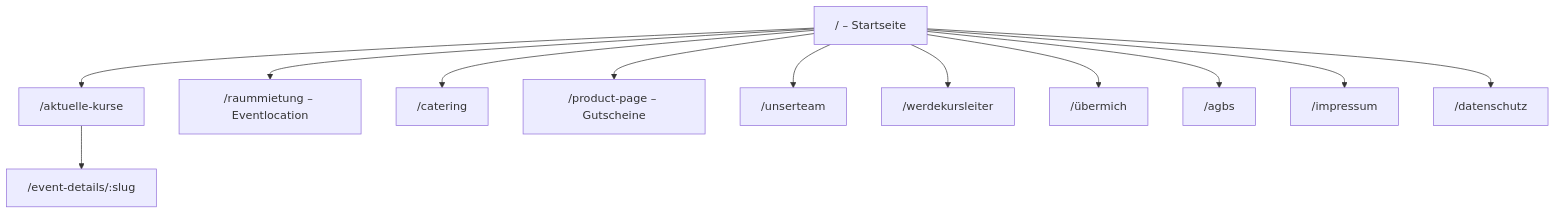
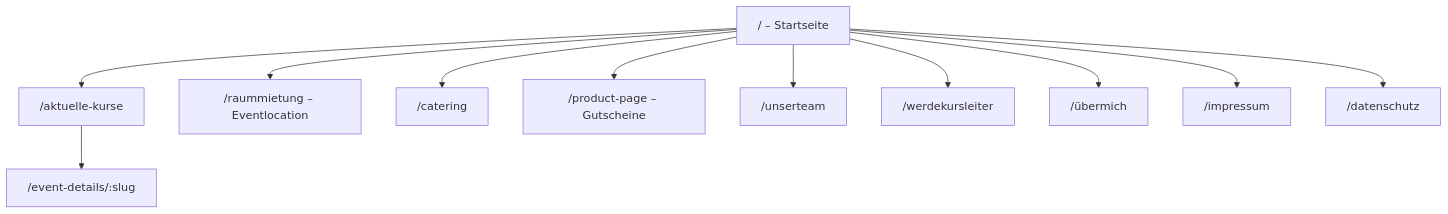
The first of 2 diagrams in analyse.md (dieKrake/cooking-website), drawn with Mermaid before and after one commit. The commit also changed other lines of this file and 4 other files, not shown here.

````diff
--- a/analyse.md
+++ b/analyse.md
@@ -29,14 +28,13 @@
 ```mermaid
 graph TD
     HOME["/  – Startseite"] --> KURSE["/aktuelle-kurse"]
     HOME --> EVENT["/raummietung – Eventlocation"]
     HOME --> CATERING["/catering"]
     HOME --> GUTSCHEINE["/product-page – Gutscheine"]
     HOME --> TEAM["/unserteam"]
     HOME --> KURSLEITER["/werdekursleiter"]
     HOME --> UEBER["/übermich"]
     KURSE --> DETAIL["/event-details/:slug"]
-    HOME --> AGB["/agbs"]
     HOME --> IMPRESSUM["/impressum"]
     HOME --> DATENSCHUTZ["/datenschutz"]
 ```
````
